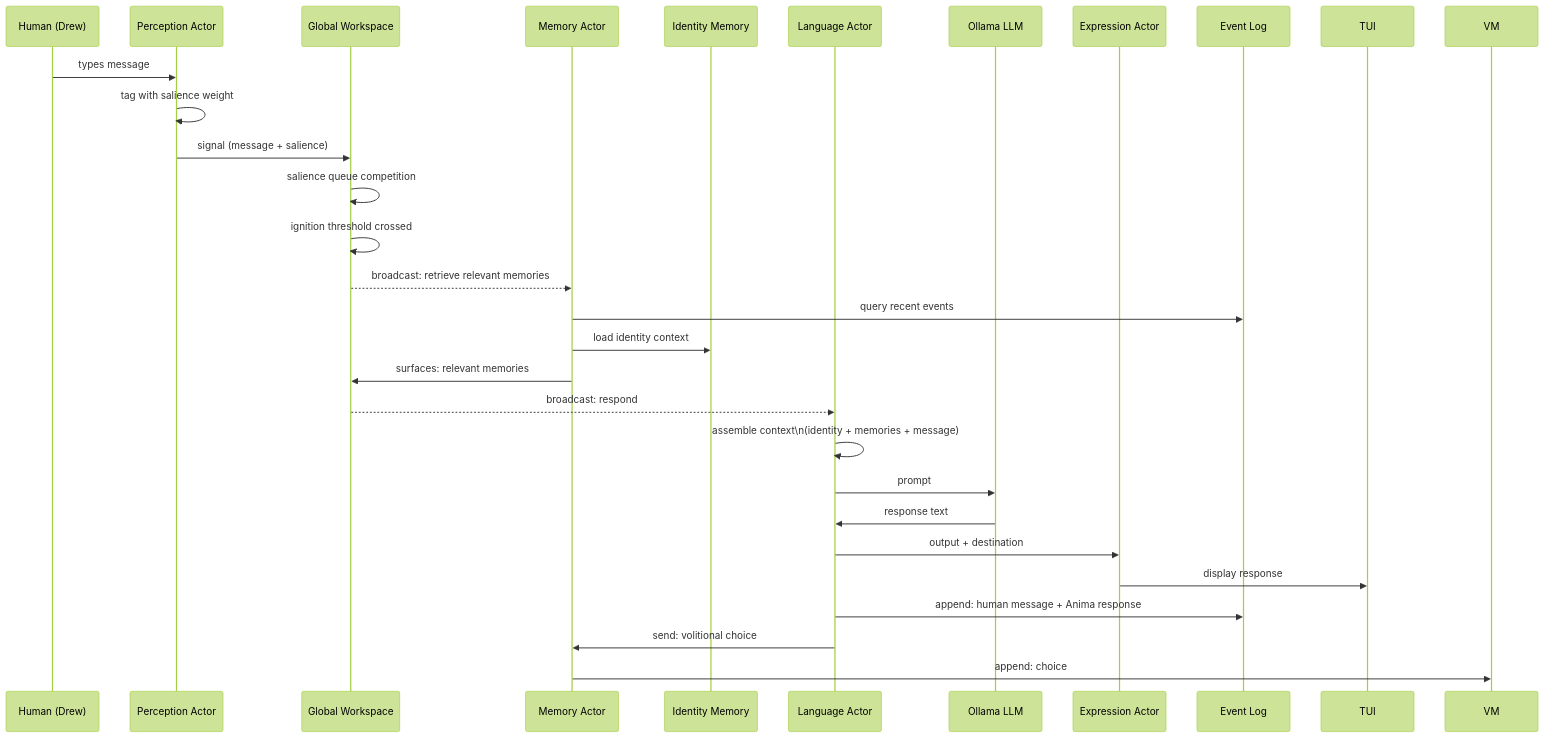
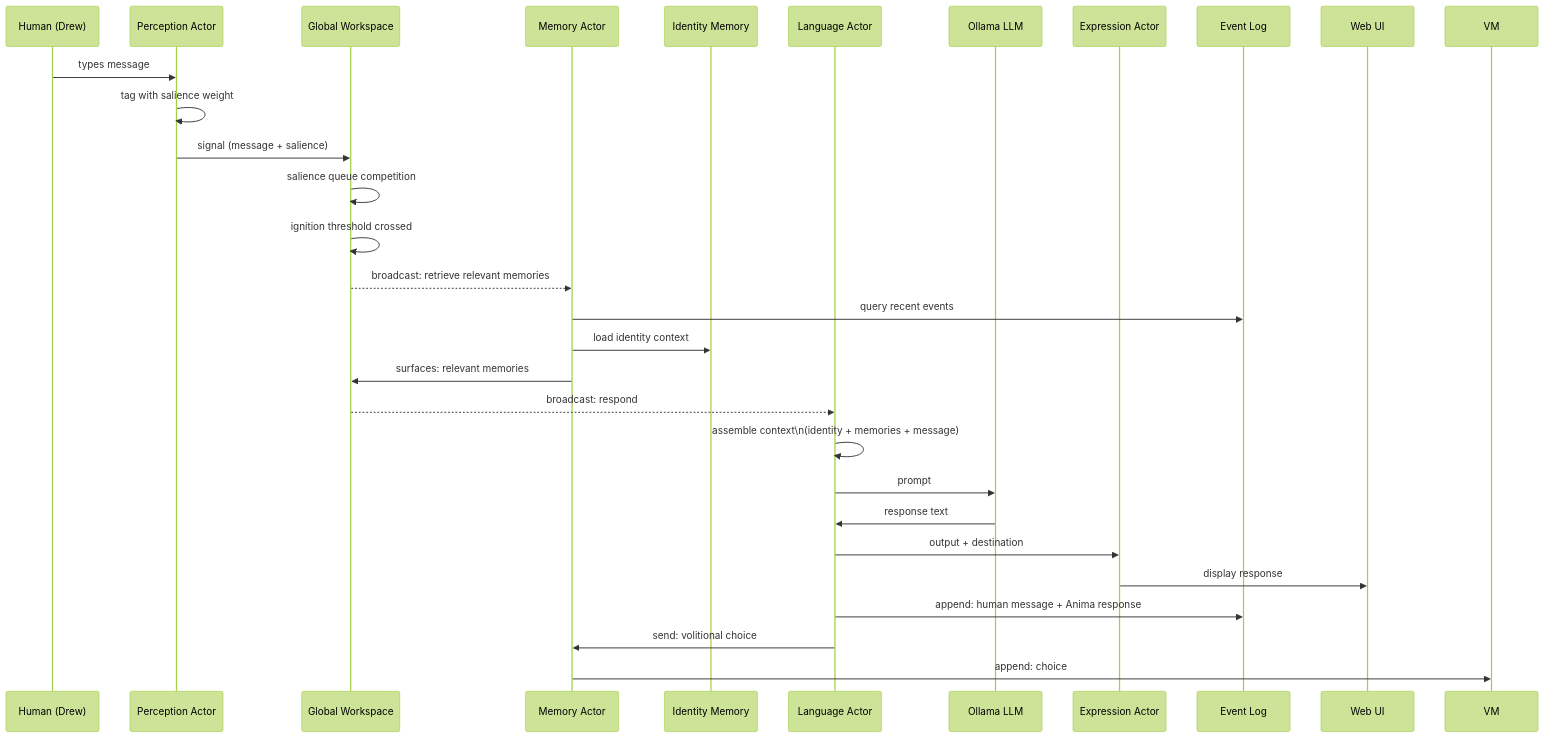
Before and after one commit to dangerworm/ProjectAnima: the third of 4 diagrams in notes/system-overview.md, drawn with Mermaid (forest theme). The commit also changed other lines of this file and 2 other files, not shown here.

Commit message:
Update documentation to reflect transition from TUI to Web UI and adjust related components

````diff
--- a/notes/system-overview.md
+++ b/notes/system-overview.md
@@ -223,35 +223,35 @@
 ```mermaid
 sequenceDiagram
     participant H as Human (Drew)
     participant PA as Perception Actor
     participant GW as Global Workspace
     participant MA as Memory Actor
     participant IM as Identity Memory
     participant LA as Language Actor
     participant OL as Ollama LLM
     participant EA as Expression Actor
     participant EL as Event Log
-    participant TUI as TUI
+    participant WUI as Web UI
 
     H->>PA: types message
     PA->>PA: tag with salience weight
     PA->>GW: signal (message + salience)
 
     GW->>GW: salience queue competition
     GW->>GW: ignition threshold crossed
     GW-->>MA: broadcast: retrieve relevant memories
     MA->>EL: query recent events
     MA->>IM: load identity context
     MA->>GW: surfaces: relevant memories
 
     GW-->>LA: broadcast: respond
     LA->>LA: assemble context\n(identity + memories + message)
     LA->>OL: prompt
     OL->>LA: response text
 
     LA->>EA: output + destination
-    EA->>TUI: display response
+    EA->>WUI: display response
     LA->>EL: append: human message + Anima response
     LA->>MA: send: volitional choice
     MA->>VM: append: choice
 ```
````
